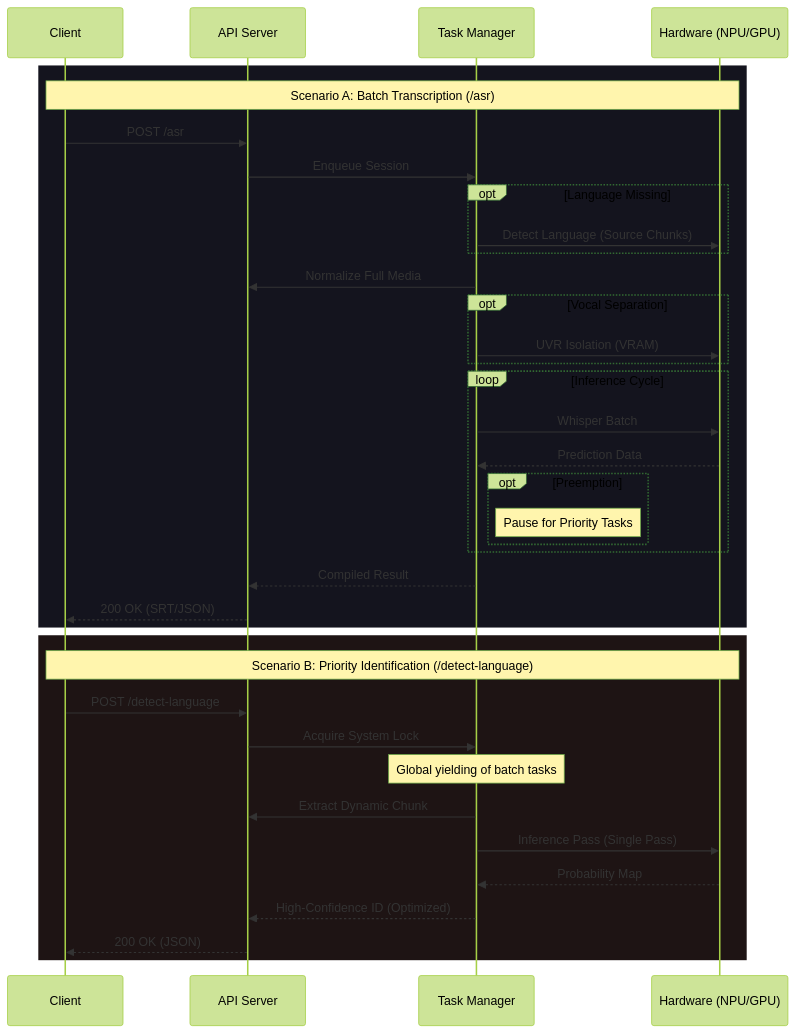
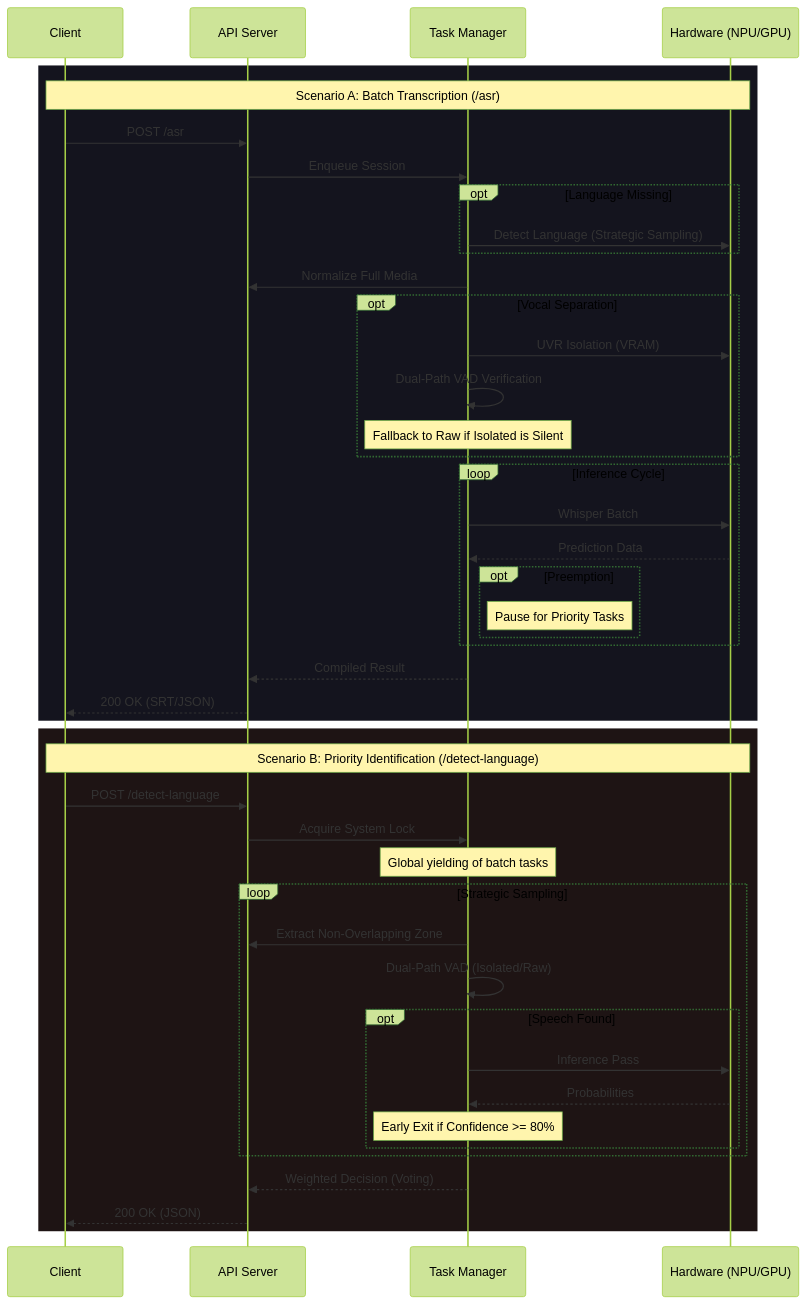
The third of 3 diagrams in README.md (ventura8/Whisper-Pro-ASR), drawn with Mermaid (forest theme) before and after one commit. The commit also changed other lines of this file and 20 other files, not shown here.

````diff
--- a/README.md
+++ b/README.md
@@ -122,41 +153,49 @@
 ```mermaid
 sequenceDiagram
     participant Client
     participant Flask as API Server
     participant Manager as Task Manager
     participant XPU as Hardware (NPU/GPU)
     
     rect rgb(20, 20, 30)
     Note over Client, XPU: Scenario A: Batch Transcription (/asr)
     Client->>Flask: POST /asr
     Flask->>Manager: Enqueue Session
     opt Language Missing
-        Manager->>XPU: Detect Language (Source Chunks)
+        Manager->>XPU: Detect Language (Strategic Sampling)
     end
     Manager->>Flask: Normalize Full Media
     opt Vocal Separation
         Manager->>XPU: UVR Isolation (VRAM)
+        Manager->>Manager: Dual-Path VAD Verification
+        Note over Manager: Fallback to Raw if Isolated is Silent
     end
     loop Inference Cycle
         Manager->>XPU: Whisper Batch
         XPU-->>Manager: Prediction Data
         opt Preemption
             Note right of Manager: Pause for Priority Tasks
         end
     end
     Manager-->>Flask: Compiled Result
     Flask-->>Client: 200 OK (SRT/JSON)
     end
 
     rect rgb(30, 20, 20)
     Note over Client, XPU: Scenario B: Priority Identification (/detect-language)
     Client->>Flask: POST /detect-language
     Flask->>Manager: Acquire System Lock
     Note over Manager: Global yielding of batch tasks
-    Manager->>Flask: Extract Dynamic Chunk
-    Manager->>XPU: Inference Pass (Single Pass)
-    XPU-->>Manager: Probability Map
-    Manager-->>Flask: High-Confidence ID (Optimized)
+    loop Strategic Sampling
+        Manager->>Flask: Extract Non-Overlapping Zone
+        Manager->>Manager: Dual-Path VAD (Isolated/Raw)
+        opt Speech Found
+            Manager->>XPU: Inference Pass
+            XPU-->>Manager: Probabilities
+            Note over Manager: Early Exit if Confidence >= 80%
+        end
+    end
+    Manager-->>Flask: Weighted Decision (Voting)
     Flask-->>Client: 200 OK (JSON)
     end
 ```
````
